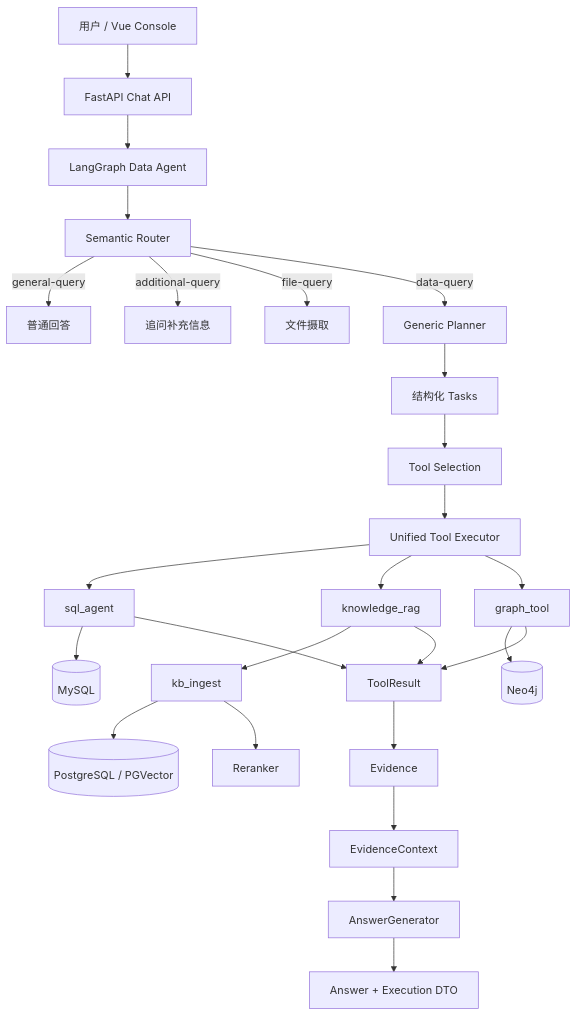
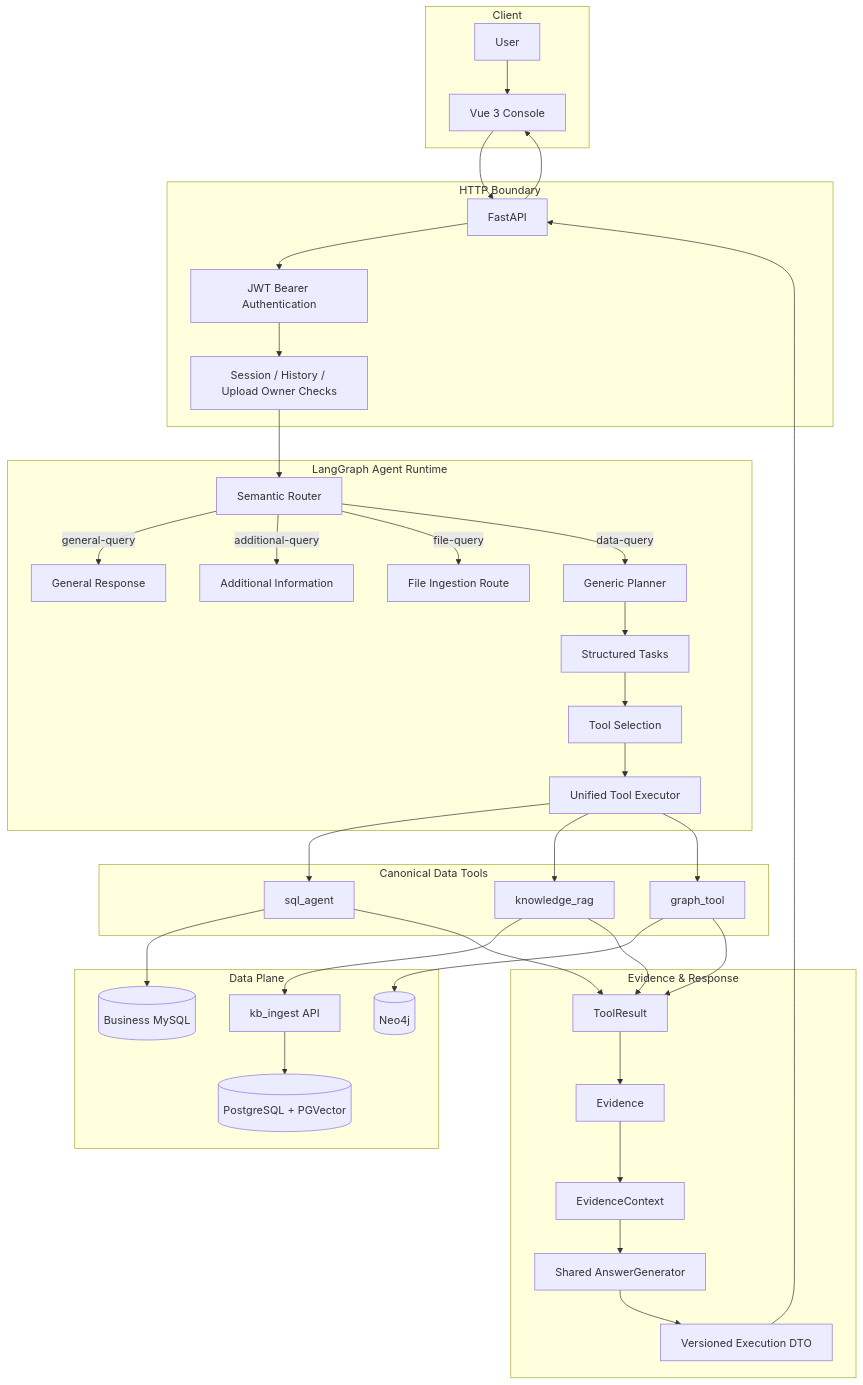
Before and after one commit to YingliaoO/langgraph-data-agent: the first of 3 diagrams in docs/ARCHITECTURE.md, drawn with Mermaid. The commit also changed other lines of this file and 3 other files, not shown here.

````diff
--- a/docs/ARCHITECTURE.md
+++ b/docs/ARCHITECTURE.md
@@ -24,33 +30,67 @@
-```mermaid
-flowchart TD
-    A[用户 / Vue Console] --> B[FastAPI Chat API]
-    B --> C[LangGraph Data Agent]
-    C --> D[Semantic Router]
+``` mermaid
+flowchart TB
+    subgraph Client["Client"]
+        USER[User]
+        WEB[Vue 3 Console]
+        USER --> WEB
+    end
 
-    D -->|general-query| G[普通回答]
-    D -->|additional-query| H[追问补充信息]
-    D -->|file-query| I[文件摄取]
-    D -->|data-query| E[Generic Planner]
+    subgraph API["HTTP Boundary"]
+        FASTAPI[FastAPI]
+        AUTH[JWT Bearer Authentication]
+        OWNER[Session / History / Upload Owner Checks]
+        FASTAPI --> AUTH --> OWNER
+    end
+    WEB --> FASTAPI
 
-    E --> F[结构化 Tasks]
-    F --> J[Tool Selection]
-    J --> K[Unified Tool Executor]
+    subgraph Agent["LangGraph Agent Runtime"]
+        ROUTER[Semantic Router]
+        GENERAL[General Response]
+        CLARIFY[Additional Information]
+        FILE[File Ingestion Route]
+        PLANNER[Generic Planner]
+        SELECT[Tool Selection]
+        EXEC[Unified Tool Executor]
+        OWNER --> ROUTER
+        ROUTER -->|general-query| GENERAL
+        ROUTER -->|additional-query| CLARIFY
+        ROUTER -->|file-query| FILE
+        ROUTER -->|data-query| PLANNER
+        PLANNER --> TASKS[Structured Tasks]
+        TASKS --> SELECT --> EXEC
+    end
 
-    K --> SQL[sql_agent]
-    K --> RAG[knowledge_rag]
-    K --> GRAPH[graph_tool]
+    subgraph Tools["Canonical Data Tools"]
+        SQL[sql_agent]
+        RAG[knowledge_rag]
+        GRAPH[graph_tool]
+        EXEC --> SQL
+        EXEC --> RAG
+        EXEC --> GRAPH
+    end
 
-    SQL --> MYSQL[(MySQL)]
-    RAG --> KBI[kb_ingest]
-    KBI --> PG[(PostgreSQL / PGVector)]
-    KBI --> RR[Reranker]
-    GRAPH --> NEO[(Neo4j)]
+    subgraph Data["Data Plane"]
+        BIZ[(Business MySQL)]
+        KBAPI[kb_ingest API]
+        PG[(PostgreSQL + PGVector)]
+        NEO[(Neo4j)]
+        SQL --> BIZ
+        RAG --> KBAPI --> PG
+        GRAPH --> NEO
+    end
 
-    SQL --> TR[ToolResult]
-    RAG --> TR
-    GRAPH --> TR
-    TR --> EV[Evidence]
-    EV --> EC[EvidenceContext]
-    EC --> ANS[AnswerGenerator]
-    ANS --> OUT[Answer + Execution DTO]
+    subgraph Synthesis["Evidence & Response"]
+        TR[ToolResult]
+        EV[Evidence]
+        EC[EvidenceContext]
+        AG[Shared AnswerGenerator]
+        DTO[Versioned Execution DTO]
+        SQL --> TR
+        RAG --> TR
+        GRAPH --> TR
+        TR --> EV --> EC --> AG --> DTO
+    end
+
+    DTO --> FASTAPI
+    FASTAPI --> WEB
 ```
````
